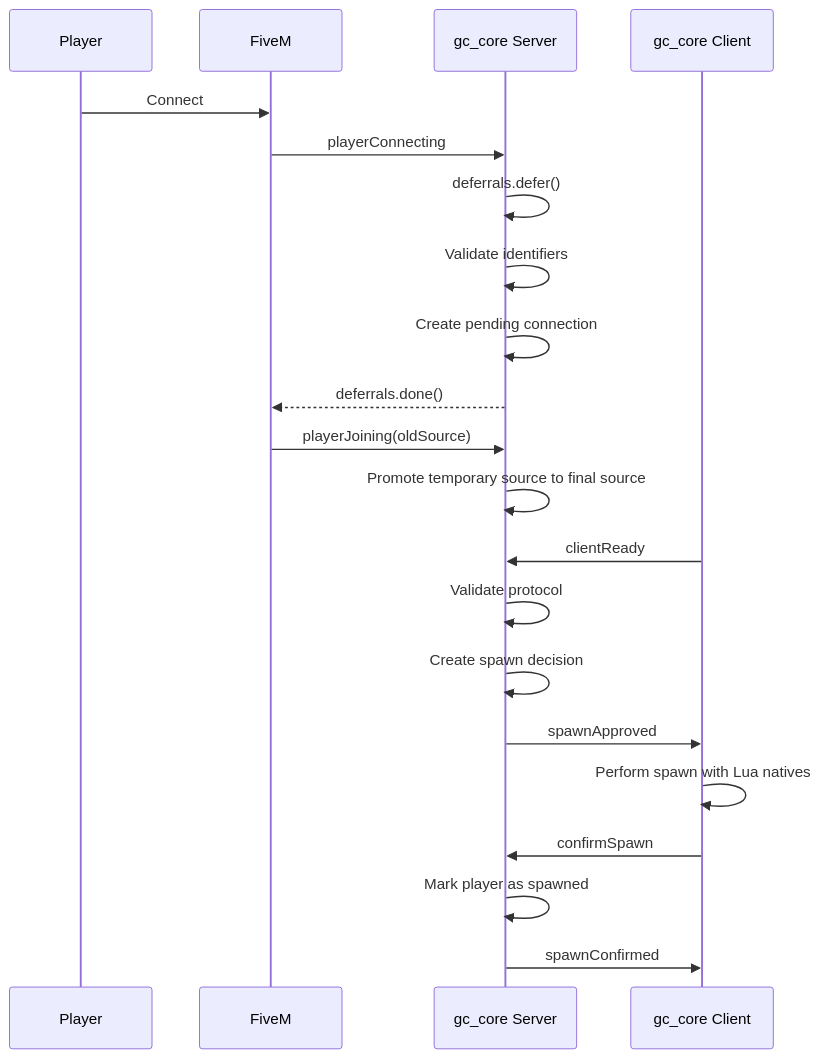
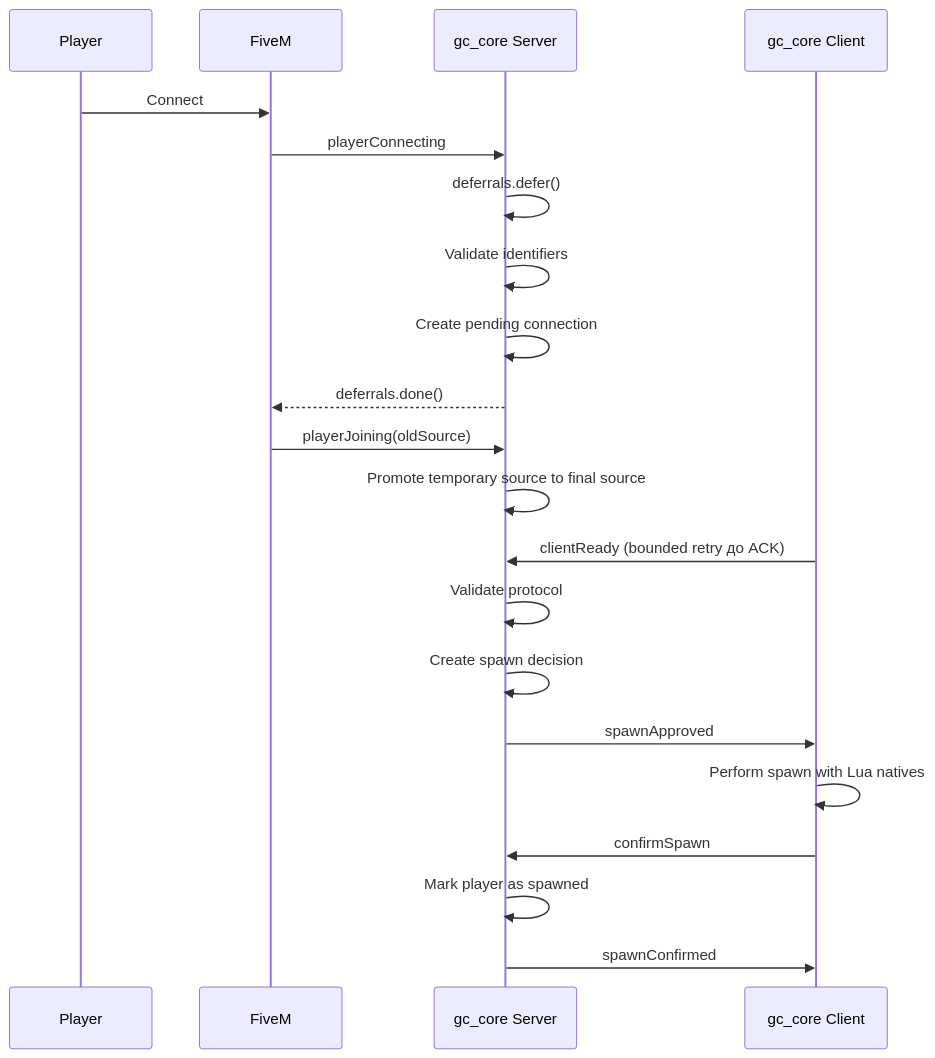
Before and after one commit to chel38/GCore: the diagram in docs/ru/04-connection-flow.md, drawn with Mermaid. The commit also changed other lines of this file and 56 other files, not shown here.

````diff
--- a/docs/ru/04-connection-flow.md
+++ b/docs/ru/04-connection-flow.md
@@ -50,26 +50,26 @@
 ```mermaid
 sequenceDiagram
     participant P as Player
     participant F as FiveM
     participant S as gc_core Server
     participant C as gc_core Client
 
     P->>F: Connect
     F->>S: playerConnecting
     S->>S: deferrals.defer()
     S->>S: Validate identifiers
     S->>S: Create pending connection
     S-->>F: deferrals.done()
 
     F->>S: playerJoining(oldSource)
     S->>S: Promote temporary source to final source
 
-    C->>S: clientReady
+    C->>S: clientReady (bounded retry до ACK)
     S->>S: Validate protocol
     S->>S: Create spawn decision
     S->>C: spawnApproved
     C->>C: Perform spawn with Lua natives
     C->>S: confirmSpawn
     S->>S: Mark player as spawned
     S->>C: spawnConfirmed
 ```
````
